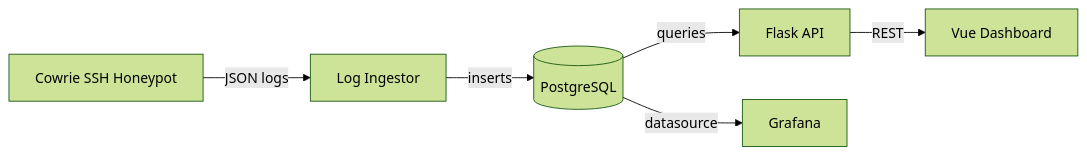
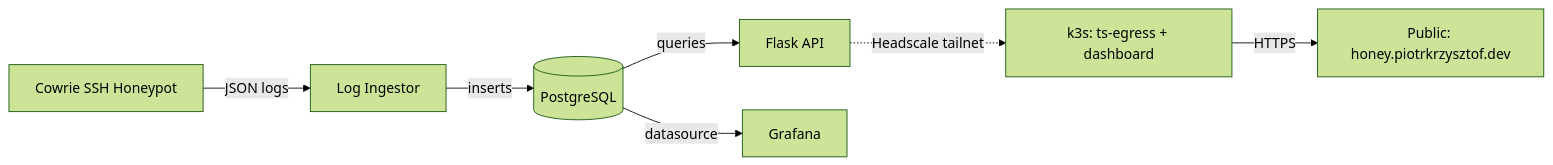
Before and after one commit to straightchlorine/honeywatch: the diagram in README.md, drawn with Mermaid (forest theme). The commit also changed other lines of this file and 25 other files, not shown here.

````diff
--- a/README.md
+++ b/README.md
@@ -12,8 +12,9 @@
 ```mermaid
 graph LR
     A[Cowrie SSH Honeypot] -->|JSON logs| B[Log Ingestor]
     B -->|inserts| C[(PostgreSQL)]
     C -->|queries| D[Flask API]
-    D -->|REST| E[Vue Dashboard]
-    C -->|datasource| F[Grafana]
+    D -.->|Headscale tailnet| E[k3s: ts-egress + dashboard]
+    E -->|HTTPS| F[Public: honey.piotrkrzysztof.dev]
+    C -->|datasource| G[Grafana]
 ```
````
